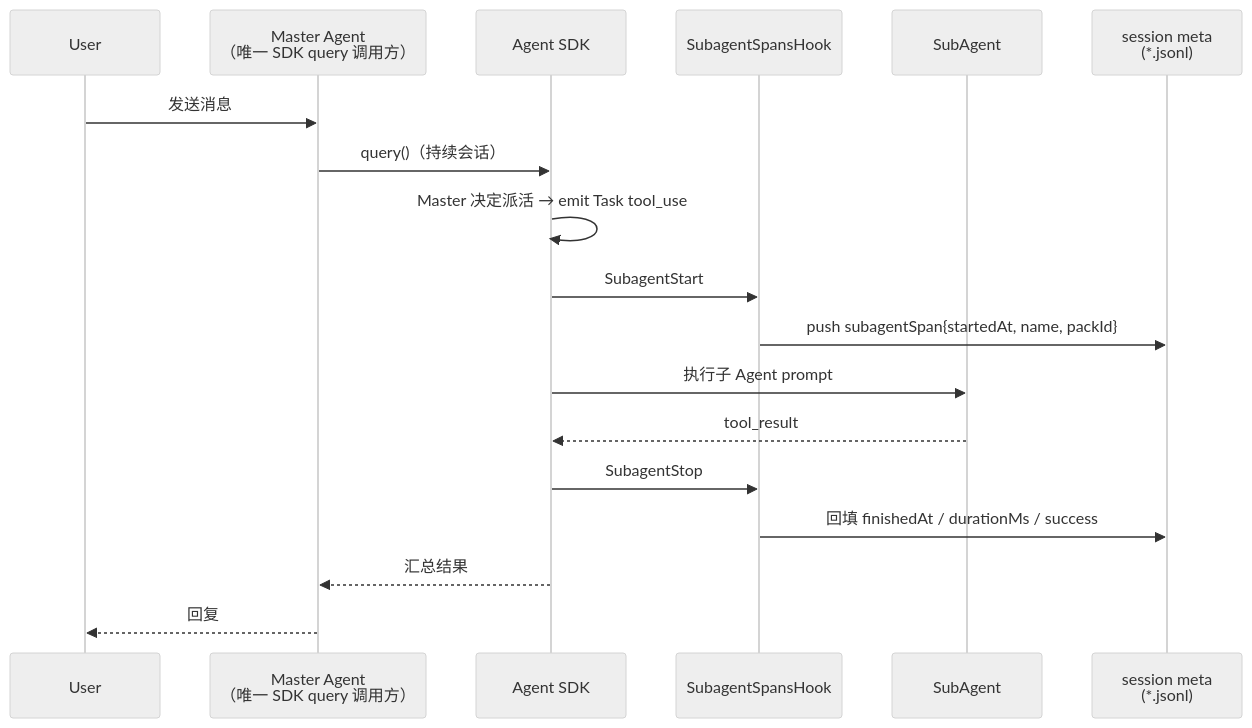
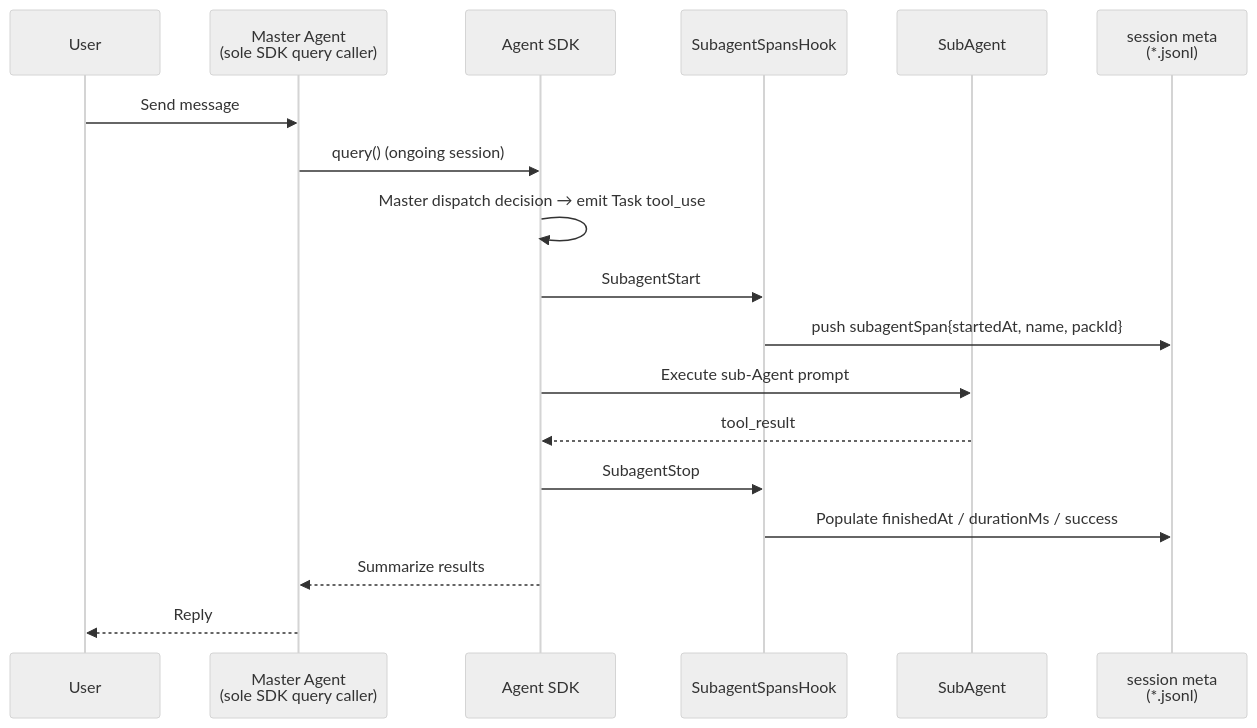
One commit to SimmonJ-WYJ/tinker changed the fourth of 7 diagrams in docs/milestones/0.2/2026-05-26-architecture-overview.md. Above: the diagram before and after it, drawn with Mermaid (neutral theme). The commit also changed other lines of this file and 216 other files, not shown here.

````diff
--- a/docs/milestones/0.2/2026-05-26-architecture-overview.md
+++ b/docs/milestones/0.2/2026-05-26-architecture-overview.md
@@ -227,21 +263,21 @@
 ```mermaid
 sequenceDiagram
   participant User
-  participant Master as Master Agent<br/>（唯一 SDK query 调用方）
+  participant Master as Master Agent<br/>(sole SDK query caller)
   participant SDK as Agent SDK
   participant Hook as SubagentSpansHook
   participant Sub as SubAgent
   participant Session as session meta<br/>(*.jsonl)
 
-  User->>Master: 发送消息
-  Master->>SDK: query()（持续会话）
-  SDK->>SDK: Master 决定派活 → emit Task tool_use
+  User->>Master: Send message
+  Master->>SDK: query() (ongoing session)
+  SDK->>SDK: Master dispatch decision → emit Task tool_use
   SDK->>Hook: SubagentStart
   Hook->>Session: push subagentSpan{startedAt, name, packId}
-  SDK->>Sub: 执行子 Agent prompt
+  SDK->>Sub: Execute sub-Agent prompt
   Sub-->>SDK: tool_result
   SDK->>Hook: SubagentStop
-  Hook->>Session: 回填 finishedAt / durationMs / success
-  SDK-->>Master: 汇总结果
-  Master-->>User: 回复
+  Hook->>Session: Populate finishedAt / durationMs / success
+  SDK-->>Master: Summarize results
+  Master-->>User: Reply
 ```
````
